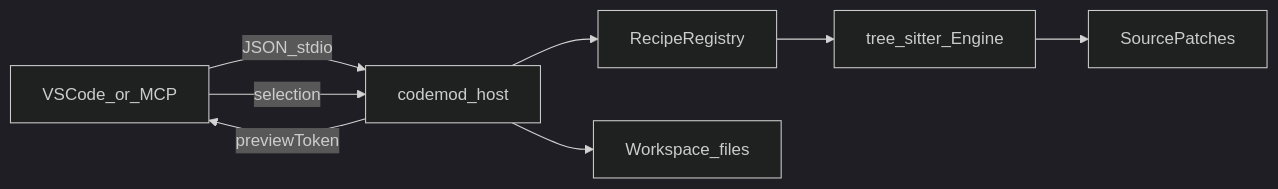
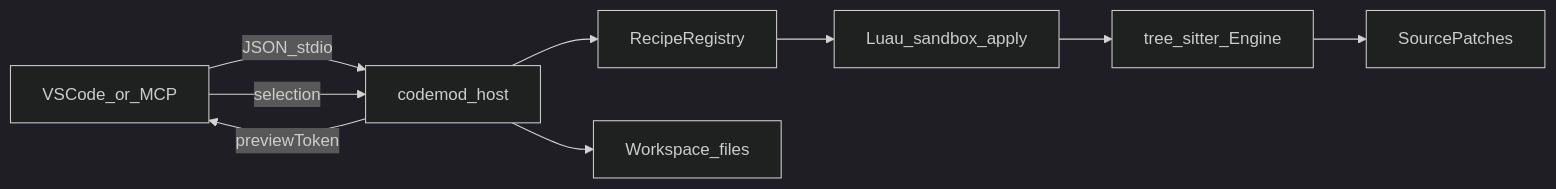
One commit to c4rl2s0n/CodemodRecipe changed the diagram in ARCHITECTURE.md. Above: the diagram before and after it, drawn with Mermaid (dark theme). The commit also changed other lines of this file and 218 other files, not shown here.

````diff
--- a/ARCHITECTURE.md
+++ b/ARCHITECTURE.md
@@ -20,10 +21,11 @@
 ```mermaid
 flowchart LR
   UI[VSCode_or_MCP] -->|JSON_stdio| Host[codemod_host]
   Host --> Registry[RecipeRegistry]
-  Registry --> Engine[tree_sitter_Engine]
+  Registry --> Lua[Luau_sandbox_apply]
+  Lua --> Engine[tree_sitter_Engine]
   Engine --> Patches[SourcePatches]
   Host -->|previewToken| UI
   UI -->|selection| Host
   Host --> FS[Workspace_files]
 ```
````
